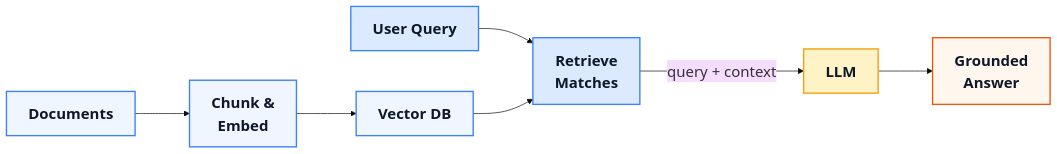
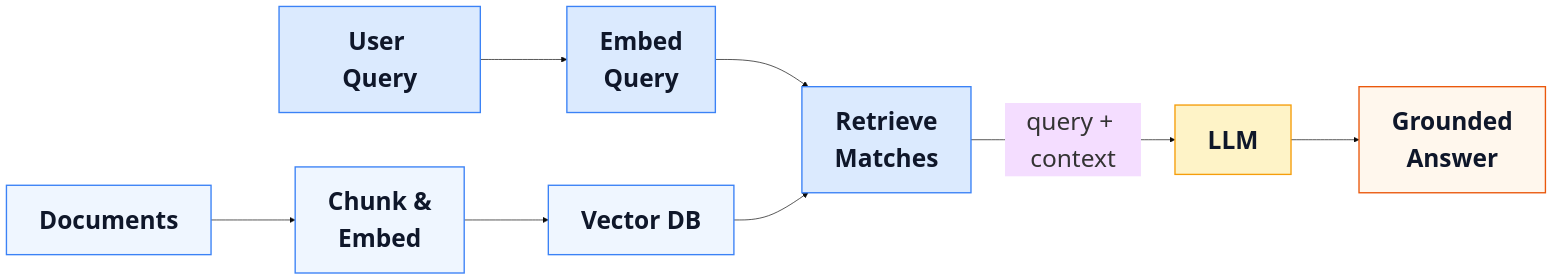
The diagram in slides/m12-rag.qmd (kerryback/mgmt675), drawn with Mermaid before and after one commit. The commit also changed other lines of this file and 1 other file, not shown here.

First line of the commit message:
Revise m12-rag slides: restructure flow, fix content, improve formatting

````diff
--- a/slides/m12-rag.qmd
+++ b/slides/m12-rag.qmd
@@ -222,19 +126,21 @@
 ```{mermaid}
 %%| fig-width: 16
-%%{init: {'theme': 'base', 'themeVariables': {'fontSize': '22px'}, 'flowchart': {'nodeSpacing': 60, 'rankSpacing': 80, 'padding': 16, 'useMaxWidth': true}}}%%
+%%{init: {'theme': 'base', 'themeVariables': {'fontSize': '36px'}, 'flowchart': {'nodeSpacing': 80, 'rankSpacing': 100, 'padding': 24, 'useMaxWidth': true}}}%%
 flowchart LR
   D["<b>Documents</b>"] --> CE["<b>Chunk &<br>Embed</b>"]
   CE --> VDB["<b>Vector DB</b>"]
-  UQ["<b>User Query</b>"] --> R["<b>Retrieve<br>Matches</b>"]
+  UQ["<b>User Query</b>"] --> EQ["<b>Embed<br>Query</b>"]
+  EQ --> R["<b>Retrieve<br>Matches</b>"]
   VDB --> R
   R -->|"query + context"| LLM["<b>LLM</b>"]
   LLM --> A["<b>Grounded<br>Answer</b>"]
 
-  style D fill:#eff6ff,stroke:#3b82f6,stroke-width:2px,color:#0f172a,font-size:22px,padding:14px
-  style CE fill:#eff6ff,stroke:#3b82f6,stroke-width:2px,color:#0f172a,font-size:22px,padding:14px
-  style VDB fill:#eff6ff,stroke:#3b82f6,stroke-width:2px,color:#0f172a,font-size:22px,padding:14px
-  style UQ fill:#dbeafe,stroke:#3b82f6,stroke-width:2px,color:#0f172a,font-size:22px,padding:14px
-  style R fill:#dbeafe,stroke:#3b82f6,stroke-width:2px,color:#0f172a,font-size:22px,padding:14px
-  style LLM fill:#fef3c7,stroke:#f59e0b,stroke-width:2px,color:#0f172a,font-size:22px,padding:14px
-  style A fill:#fff7ed,stroke:#ea580c,stroke-width:2px,color:#0f172a,font-size:22px,padding:14px
+  style D fill:#eff6ff,stroke:#3b82f6,stroke-width:2px,color:#0f172a,font-size:36px,padding:20px
+  style CE fill:#eff6ff,stroke:#3b82f6,stroke-width:2px,color:#0f172a,font-size:36px,padding:20px
+  style VDB fill:#eff6ff,stroke:#3b82f6,stroke-width:2px,color:#0f172a,font-size:36px,padding:20px
+  style UQ fill:#dbeafe,stroke:#3b82f6,stroke-width:2px,color:#0f172a,font-size:36px,padding:20px
+  style EQ fill:#dbeafe,stroke:#3b82f6,stroke-width:2px,color:#0f172a,font-size:36px,padding:20px
+  style R fill:#dbeafe,stroke:#3b82f6,stroke-width:2px,color:#0f172a,font-size:36px,padding:20px
+  style LLM fill:#fef3c7,stroke:#f59e0b,stroke-width:2px,color:#0f172a,font-size:36px,padding:20px
+  style A fill:#fff7ed,stroke:#ea580c,stroke-width:2px,color:#0f172a,font-size:36px,padding:20px
 ```
````
